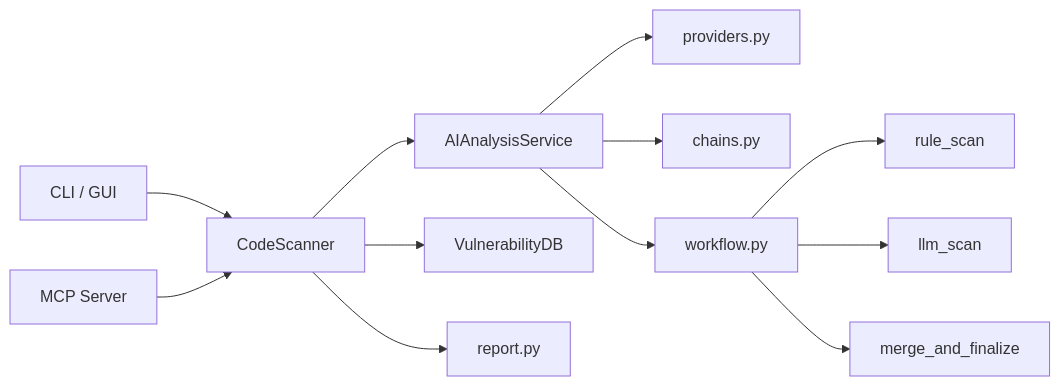
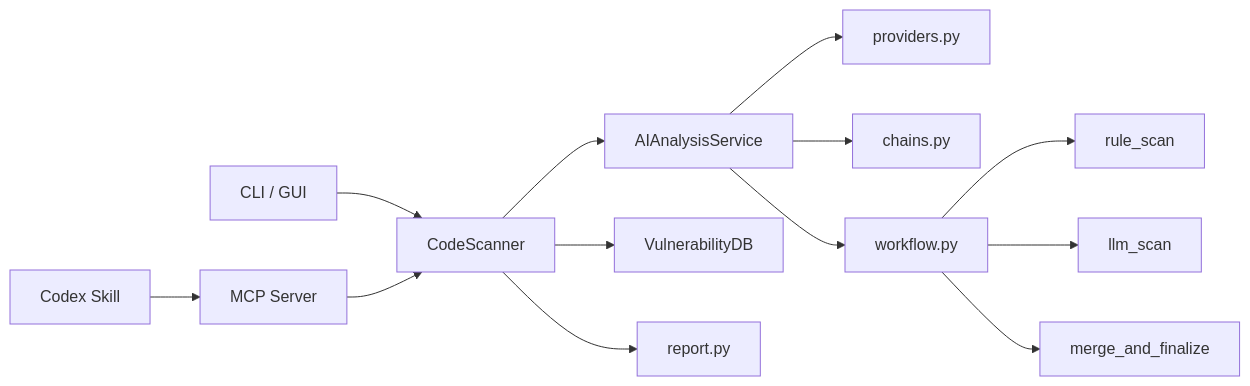
One commit to HeJiguang/codescan changed the diagram in README.md. Above: the diagram before and after it, drawn with Mermaid. The commit also changed other lines of this file and 6 other files, not shown here.

Commit message:
docs: improve homepage and contribution flow

````diff
--- a/README.md
+++ b/README.md
@@ -61,14 +68,15 @@
 ```mermaid
 flowchart LR
     A["CLI / GUI"] --> B["CodeScanner"]
     A2["MCP Server"] --> B
+    A3["Codex Skill"] --> A2
     B --> C["AIAnalysisService"]
     C --> D["providers.py"]
     C --> E["chains.py"]
     C --> F["workflow.py"]
     B --> G["VulnerabilityDB"]
     B --> H["report.py"]
     F --> I["rule_scan"]
     F --> J["llm_scan"]
     F --> K["merge_and_finalize"]
 ```
````
